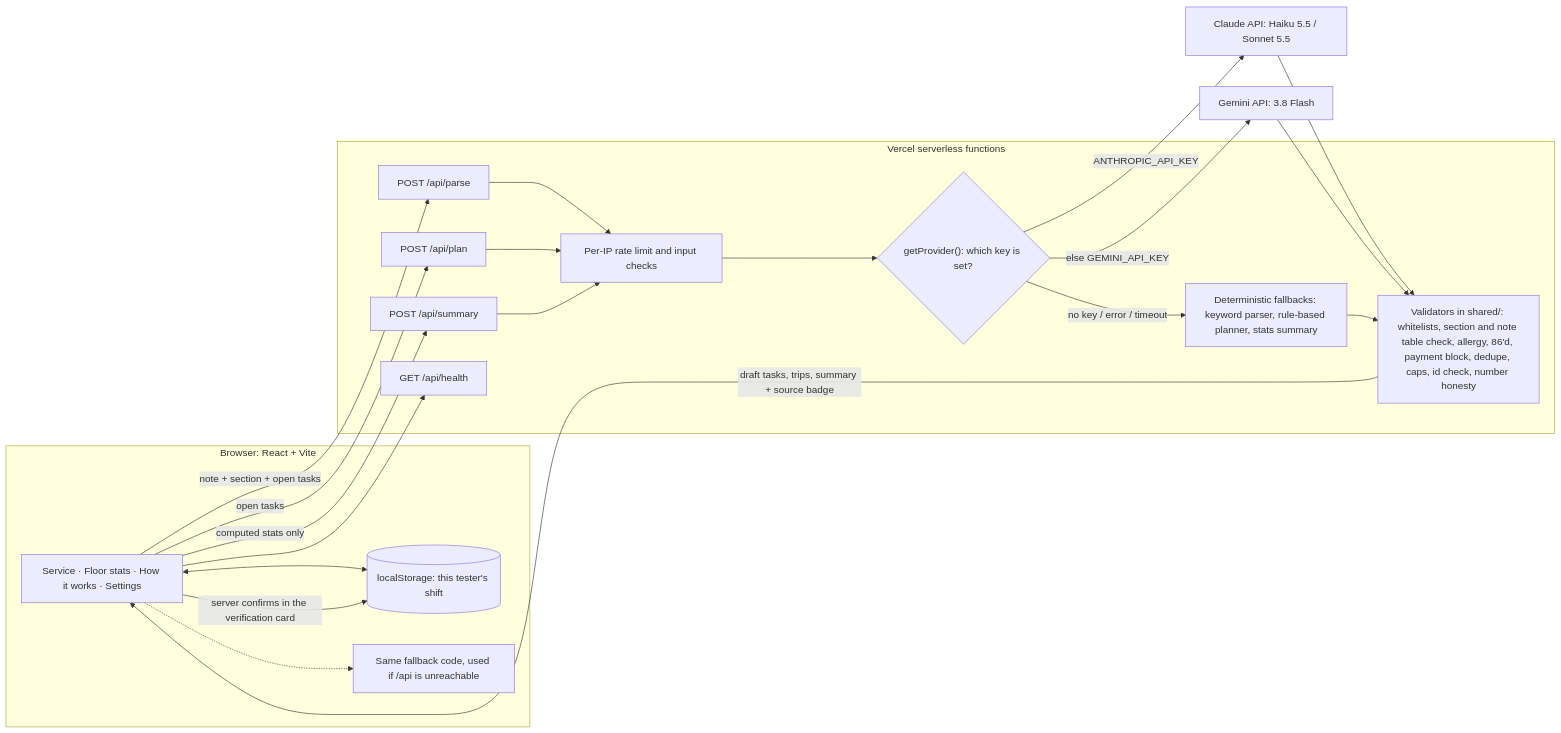
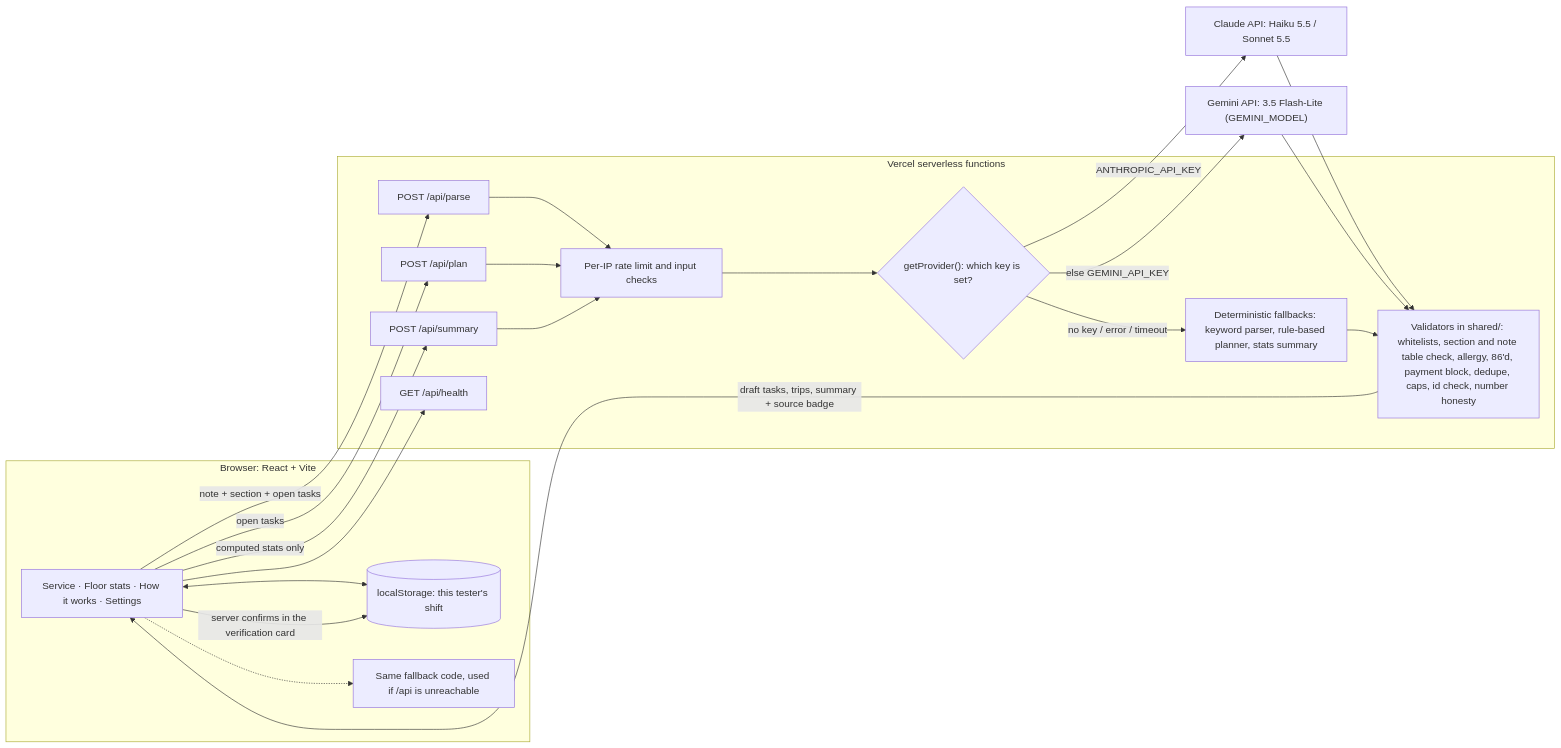
The diagram in docs/PROJECT_SUMMARY.md (tshusanta/waiterly), drawn with Mermaid before and after one commit. The commit also changed other lines of this file and 9 other files, not shown here.

Commit message:
Keep arrows in visit changes; docs for flash-lite switch and real visit result

````diff
--- a/docs/PROJECT_SUMMARY.md
+++ b/docs/PROJECT_SUMMARY.md
@@ -60,38 +60,38 @@
 ```mermaid
 flowchart LR
   subgraph Browser["Browser: React + Vite"]
     UI["Service · Floor stats · How it works · Settings"]
     LS[("localStorage: this tester's shift")]
     OFF["Same fallback code, used if /api is unreachable"]
     UI <--> LS
     UI -.-> OFF
   end
 
   subgraph Vercel["Vercel serverless functions"]
     PARSE["POST /api/parse"]
     PLAN["POST /api/plan"]
     SUM["POST /api/summary"]
     HEALTH["GET /api/health"]
     RL["Per-IP rate limit and input checks"]
     SEL{"getProvider(): which key is set?"}
     VAL["Validators in shared/: whitelists, section and note table check, allergy, 86'd, payment block, dedupe, caps, id check, number honesty"]
     FB["Deterministic fallbacks: keyword parser, rule-based planner, stats summary"]
   end
 
   CLAUDE["Claude API: Haiku 5.5 / Sonnet 5.5"]
-  GEMINI["Gemini API: 3.8 Flash"]
+  GEMINI["Gemini API: 3.5 Flash-Lite (GEMINI_MODEL)"]
 
   UI -- "note + section + open tasks" --> PARSE
   UI -- "open tasks" --> PLAN
   UI -- "computed stats only" --> SUM
   UI --> HEALTH
   PARSE & PLAN & SUM --> RL --> SEL
   SEL -- "ANTHROPIC_API_KEY" --> CLAUDE
   SEL -- "else GEMINI_API_KEY" --> GEMINI
   SEL -- "no key / error / timeout" --> FB
   CLAUDE --> VAL
   GEMINI --> VAL
   FB --> VAL
   VAL -- "draft tasks, trips, summary + source badge" --> UI
   UI -- "server confirms in the verification card" --> LS
 ```
````
